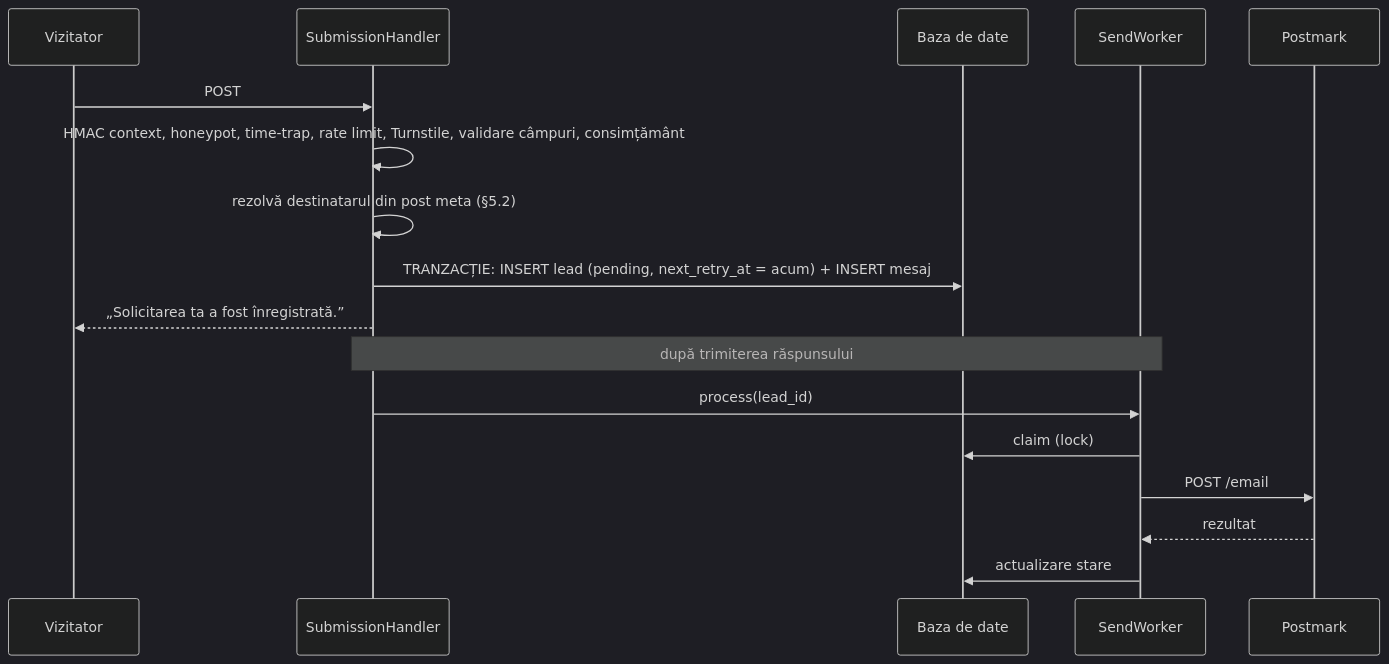
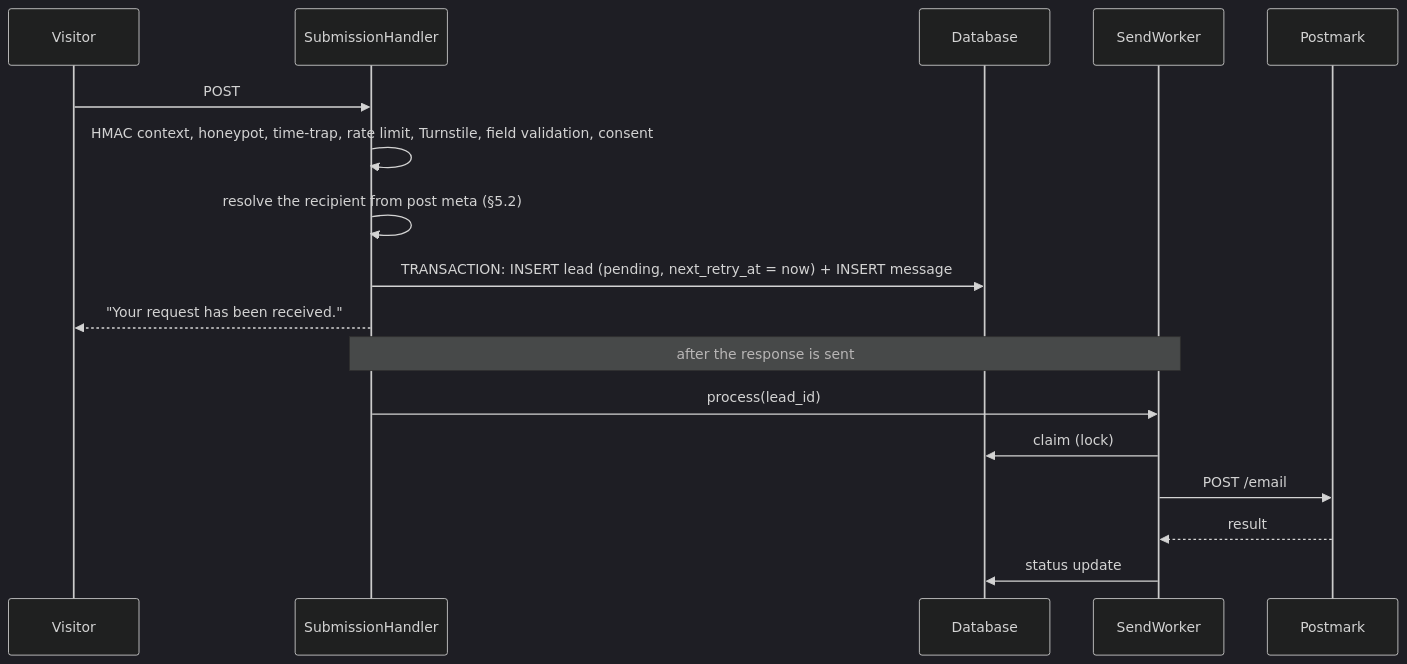
One commit to gzalinski/email-leads-tracker changed the second of 6 diagrams in docs/ARCHITECTURE.md. Above: the diagram before and after it, drawn with Mermaid (dark theme). The commit also changed other lines of this file and 79 other files, not shown here.

````diff
--- a/docs/ARCHITECTURE.md
+++ b/docs/ARCHITECTURE.md
@@ -330,20 +330,20 @@
 ```mermaid
 sequenceDiagram
-    participant V as Vizitator
+    participant V as Visitor
     participant SH as SubmissionHandler
-    participant DB as Baza de date
+    participant DB as Database
     participant SW as SendWorker
     participant PM as Postmark
 
     V->>SH: POST
-    SH->>SH: HMAC context, honeypot, time-trap, rate limit, Turnstile, validare câmpuri, consimțământ
-    SH->>SH: rezolvă destinatarul din post meta (§5.2)
-    SH->>DB: TRANZACȚIE: INSERT lead (pending, next_retry_at = acum) + INSERT mesaj
-    SH-->>V: „Solicitarea ta a fost înregistrată.”
-    Note over SH,SW: după trimiterea răspunsului
+    SH->>SH: HMAC context, honeypot, time-trap, rate limit, Turnstile, field validation, consent
+    SH->>SH: resolve the recipient from post meta (§5.2)
+    SH->>DB: TRANSACTION: INSERT lead (pending, next_retry_at = now) + INSERT message
+    SH-->>V: "Your request has been received."
+    Note over SH,SW: after the response is sent
     SH->>SW: process(lead_id)
     SW->>DB: claim (lock)
     SW->>PM: POST /email
-    PM-->>SW: rezultat
-    SW->>DB: actualizare stare
+    PM-->>SW: result
+    SW->>DB: status update
 ```
````
